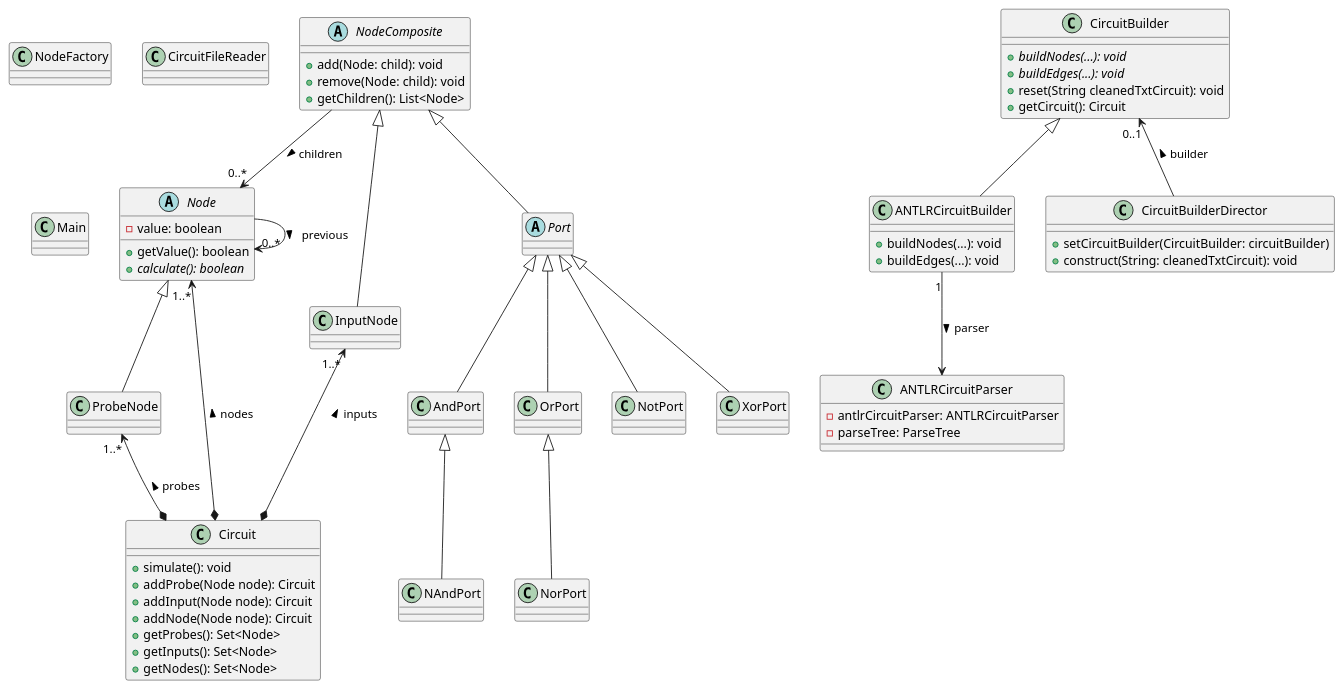
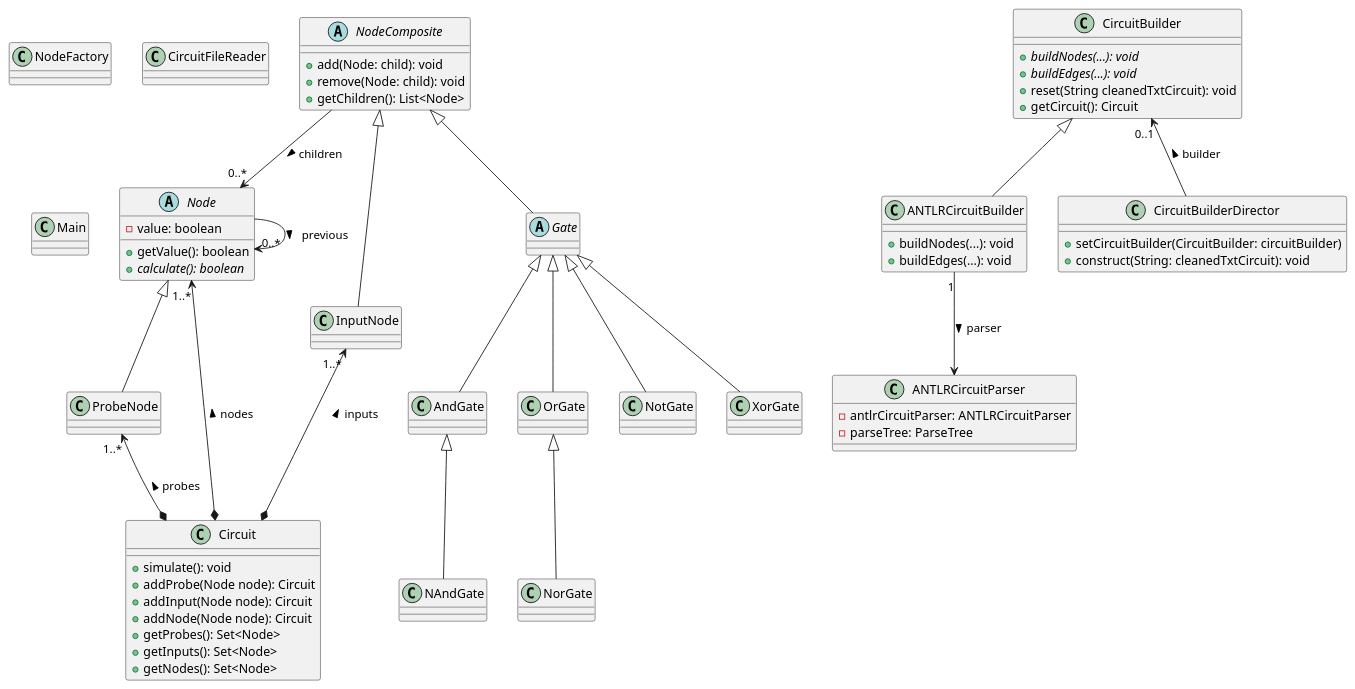
One commit to stevenliebregt/avans-dp1-sirkwie changed the diagram in docs/diagrams/dkd.puml. Above: the diagram before and after it, drawn with PlantUML.

Commit message:
updated DKD

```diff
--- a/docs/diagrams/dkd.puml
+++ b/docs/diagrams/dkd.puml
@@ -1,109 +1,109 @@
 @startuml
 
 ' Nodes
 abstract class Node {
     -value: boolean
     +getValue(): boolean
     +{abstract} calculate(): boolean
 }
 Node --> "0..*" Node : previous >
 
 abstract class NodeComposite {
     +add(Node: child): void
     +remove(Node: child): void
     +getChildren(): List<Node>
 }
 NodeComposite --> "0..*" Node : children >
 
 ' Inputs
 class InputNode {
 }
 NodeComposite <|-- InputNode
 
 class ProbeNode {
 }
 Node <|-- ProbeNode
 
-' Ports
-abstract class Port {
+' Gates
+abstract class Gate {
 }
-NodeComposite <|-- Port
+NodeComposite <|-- Gate
 
-class AndPort {
+class AndGate {
 }
-Port <|-- AndPort
+Gate <|-- AndGate
 
-class NAndPort {
+class NAndGate {
 }
-AndPort <|-- NAndPort
+AndGate <|-- NAndGate
 
-class OrPort {
+class OrGate {
 }
-Port <|-- OrPort
+Gate <|-- OrGate
 
-class NorPort {
+class NorGate {
 }
-OrPort <|-- NorPort
+OrGate <|-- NorGate
 
-class NotPort {
+class NotGate {
 }
-Port <|-- NotPort
+Gate <|-- NotGate
 
-class XorPort {
+class XorGate {
 }
-Port <|-- XorPort
+Gate <|-- XorGate
 
 ' Circuit
 class Circuit {
     +simulate(): void
     +addProbe(Node node): Circuit
     +addInput(Node node): Circuit
     +addNode(Node node): Circuit
     +getProbes(): Set<Node>
     +getInputs(): Set<Node>
     +getNodes(): Set<Node>
 }
 InputNode "1..*" <--* Circuit : inputs <
 ProbeNode "1..*" <--* Circuit : probes <
 Node "1..*" <--* Circuit : nodes <
 
 ' CircuitBuilder
 class CircuitBuilder {
     +{abstract} buildNodes(...): void
     +{abstract} buildEdges(...): void
     +reset(String cleanedTxtCircuit): void
     +getCircuit(): Circuit
 }
 
 class ANTLRCircuitBuilder {
     +buildNodes(...): void
     +buildEdges(...): void
 }
 CircuitBuilder <|-- ANTLRCircuitBuilder
 ANTLRCircuitBuilder "1" --> ANTLRCircuitParser : parser >
 
 class CircuitBuilderDirector {
     +setCircuitBuilder(CircuitBuilder: circuitBuilder)
     +construct(String: cleanedTxtCircuit): void
 }
 CircuitBuilder "0..1" <-- CircuitBuilderDirector : builder <
 
 ' NodeFactory
 class NodeFactory {
 }
 
 ' CircuitParser
 class ANTLRCircuitParser {
     -antlrCircuitParser: ANTLRCircuitParser
     -parseTree: ParseTree
 }
 
 ' CircuitFileReader
 class CircuitFileReader {
 }
 
 ' Main
 class Main {
 }
 
 @enduml
```
